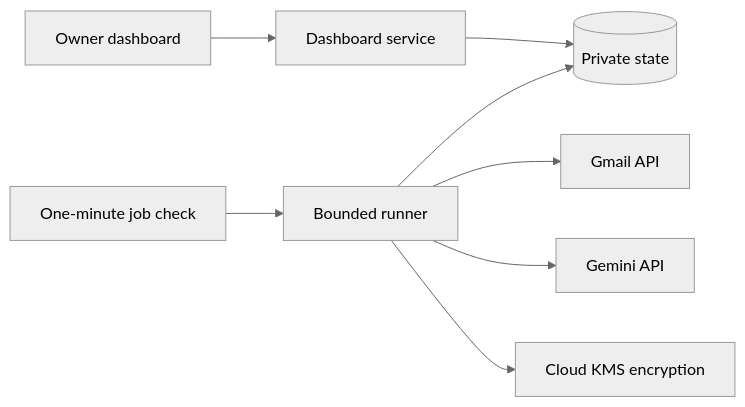
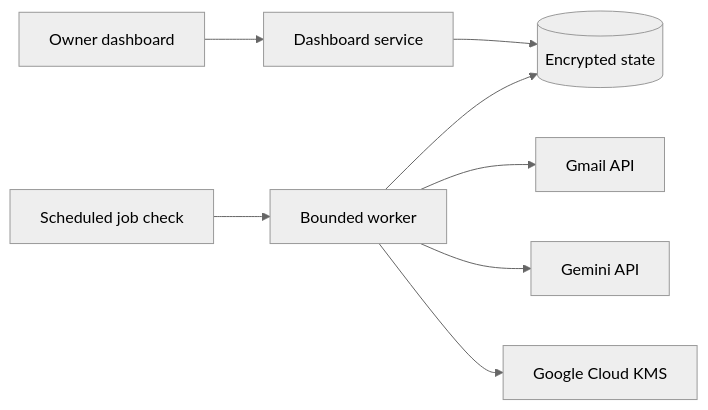
The diagram in README.md (Kirolosir/Email-Scanner), drawn with Mermaid (neutral theme) before and after one commit. The commit also changed other lines of this file, not shown here.

````diff
--- a/README.md
+++ b/README.md
@@ -37,10 +33,10 @@
 ```mermaid
 flowchart LR
     Browser[Owner dashboard] --> Web[Dashboard service]
-    Web --> State[(Private state)]
-    Timer[One-minute job check] --> Runner[Bounded runner]
+    Web --> State[(Encrypted state)]
+    Timer[Scheduled job check] --> Runner[Bounded worker]
     Runner --> Gmail[Gmail API]
     Runner --> Gemini[Gemini API]
     Runner --> State
-    Runner --> KMS[Cloud KMS encryption]
+    Runner --> KMS[Google Cloud KMS]
 ```
````
